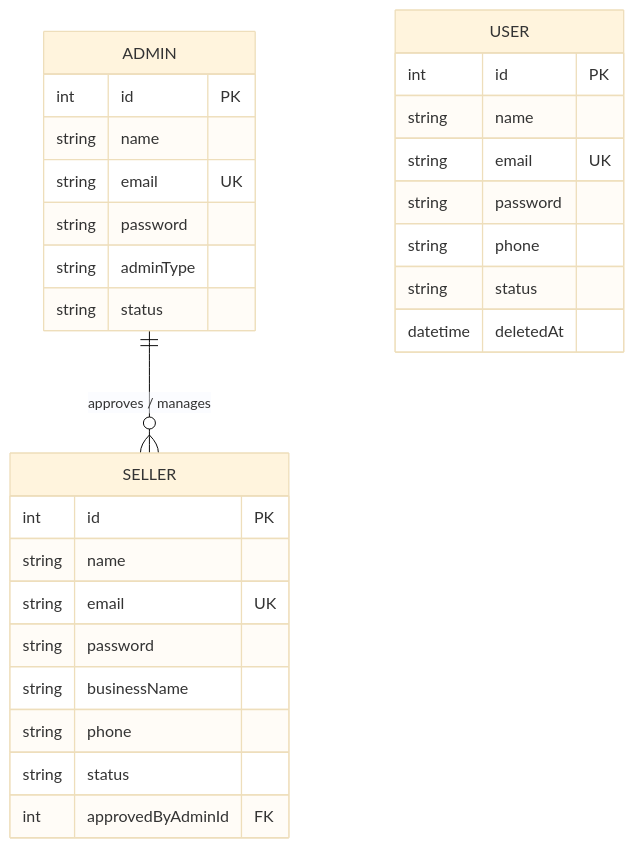
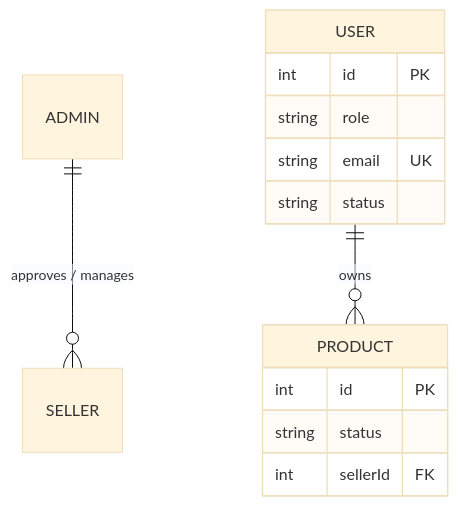
The first of 4 diagrams in project.md (suhanivaishnav/Multi-role), drawn with Mermaid (base theme) before and after one commit. The commit also changed other lines of this file and 9 other files, not shown here.

Commit message:
feat: initialize multi-role API with separated user, admin, and seller entities, authentication, and role-based workflows

````diff
--- a/project.md
+++ b/project.md
@@ -106,31 +75,16 @@
 ```mermaid
 erDiagram
     ADMIN ||--o{ SELLER : "approves / manages"
+    USER ||--o{ PRODUCT : "owns"
     USER {
         int id PK
-        string name
+        string role
         string email UK
-        string password
-        string phone
-        string status
-        datetime deletedAt
-    }
-    ADMIN {
-        int id PK
-        string name
-        string email UK
-        string password
-        string adminType
         string status
     }
-    SELLER {
+    PRODUCT {
         int id PK
-        string name
-        string email UK
-        string password
-        string businessName
-        string phone
         string status
-        int approvedByAdminId FK
+        int sellerId FK
     }
 ```
````
